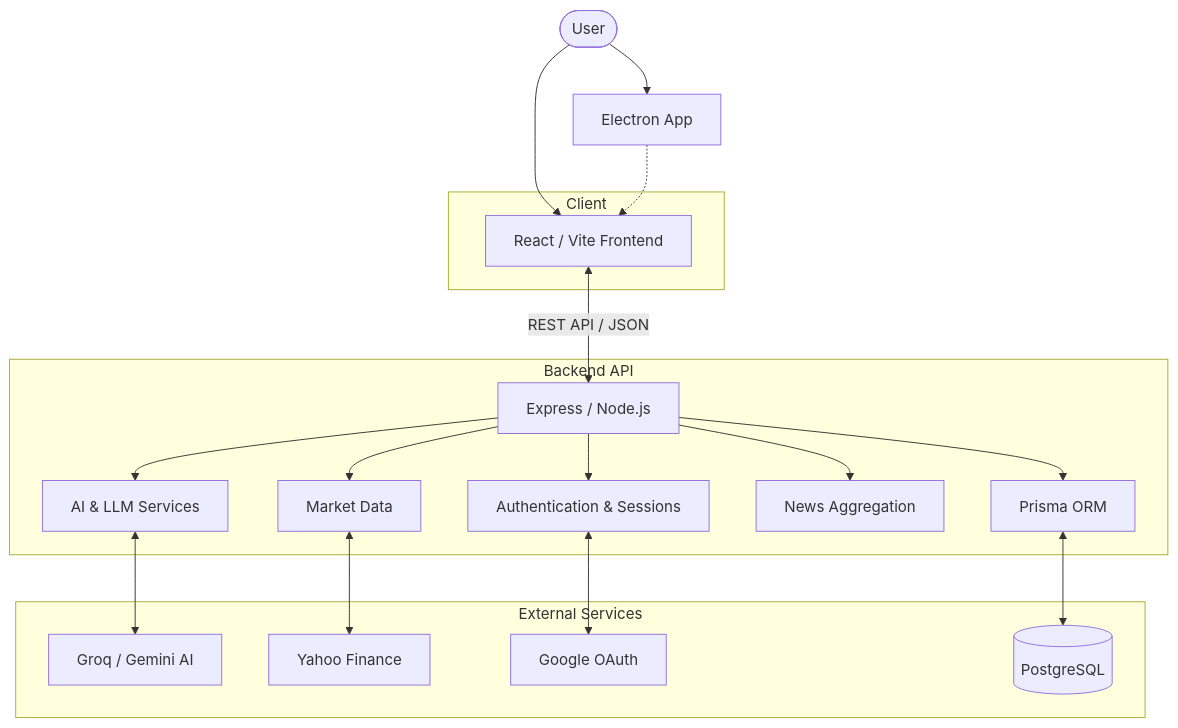
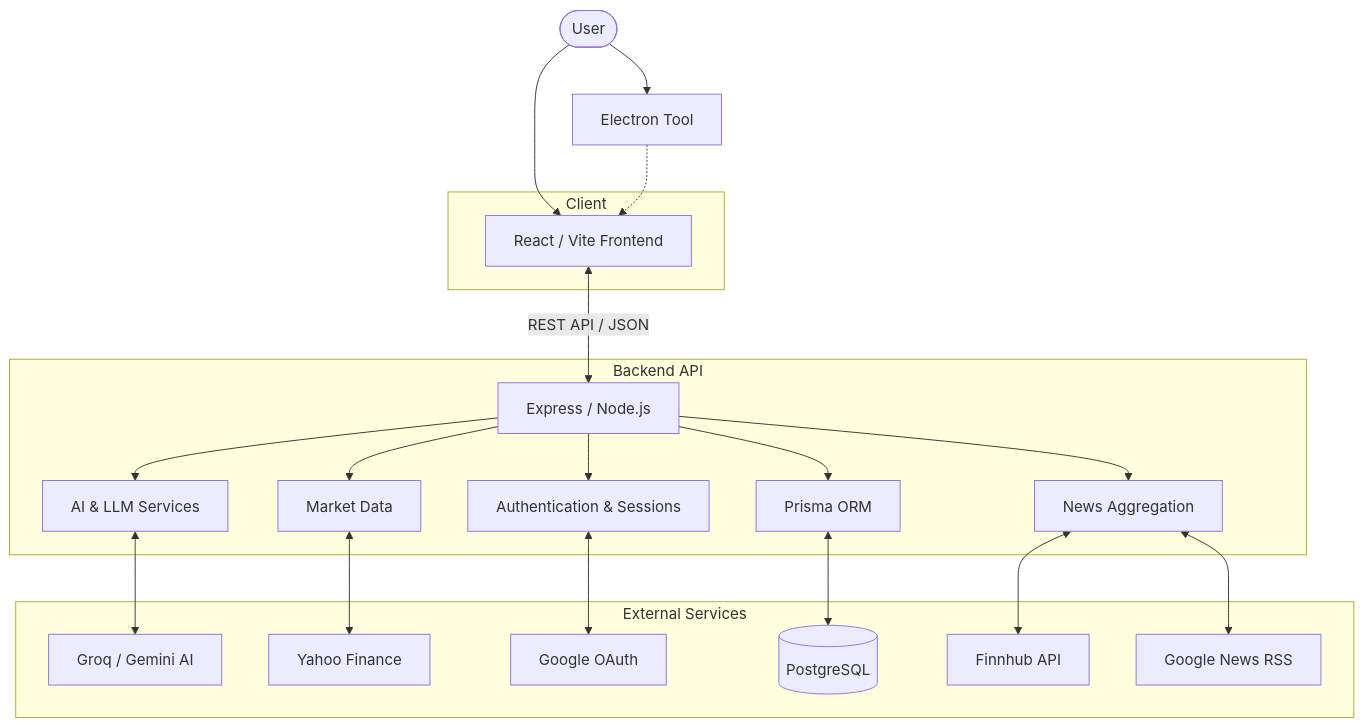
One commit to Vans30m/FinPulse-AI changed the diagram in README.md. Above: the diagram before and after it, drawn with Mermaid. The commit also changed other lines of this file and 1 other file, not shown here.

````diff
--- a/README.md
+++ b/README.md
@@ -35,33 +35,37 @@
 ```mermaid
 graph TD
     User([User]) --> Frontend
-    User --> Desktop[Electron App]
+    User --> Desktop[Electron Tool]
     Desktop -.-> Frontend
     
     subgraph Client
         Frontend[React / Vite Frontend]
     end
     
     subgraph Backend API
         API[Express / Node.js]
         API --> Auth[Authentication & Sessions]
         API --> AI_R[AI & LLM Services]
         API --> MD[Market Data]
         API --> News_R[News Aggregation]
         API --> DB_Layer[Prisma ORM]
     end
     
     Frontend <-->|REST API / JSON| API
     
     subgraph External Services
         Groq[Groq / Gemini AI]
         YF[Yahoo Finance]
         OAuth[Google OAuth]
         DB[(PostgreSQL)]
+        Finnhub[Finnhub API]
+        GoogleNews[Google News RSS]
     end
     
     AI_R <--> Groq
     MD <--> YF
     Auth <--> OAuth
     DB_Layer <--> DB
+    News_R <--> Finnhub
+    News_R <--> GoogleNews
 ```
````
